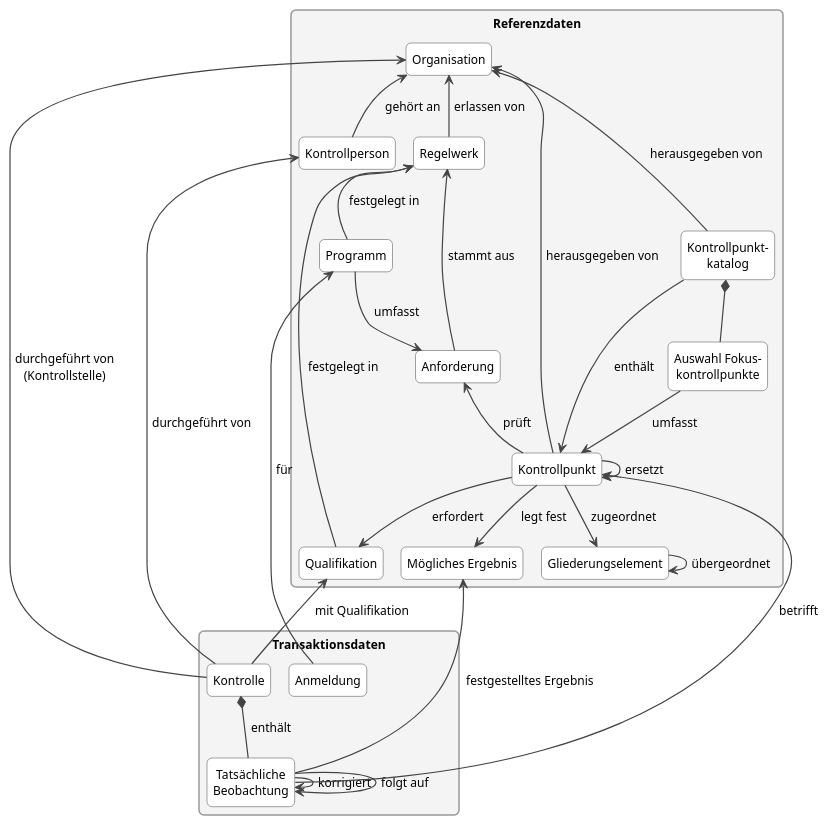
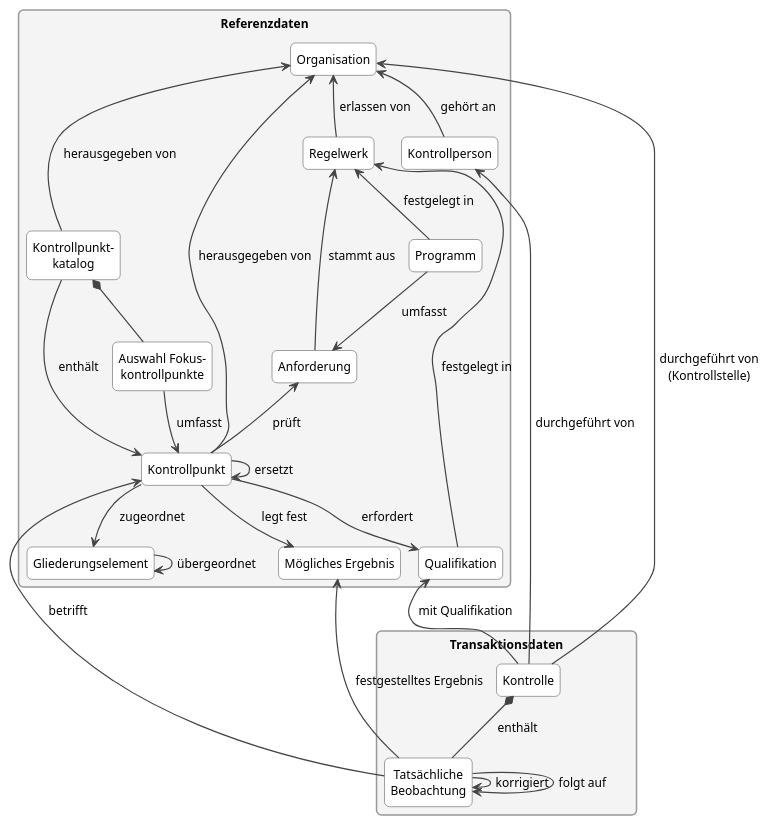
Before and after one commit to blw-ofag-ufag/eCH-0264: the diagram in docs/de/assets/puml/conceptual_model.puml, drawn with PlantUML. The commit also changed 5 other files, not shown here.

```diff
--- a/docs/de/assets/puml/conceptual_model.puml
+++ b/docs/de/assets/puml/conceptual_model.puml
@@ -5,65 +5,63 @@
 @startuml
 !pragma layout smetana
 skinparam shadowing false
 skinparam roundCorner 10
 skinparam packageStyle rectangle
 skinparam defaultFontSize 12
 skinparam Padding 3
 skinparam ArrowColor #444444
 skinparam ArrowThickness 1.2
 skinparam classBorderColor #444444
 skinparam classBackgroundColor #FFFFFF
 skinparam packageBorderColor #999999
 skinparam packageBackgroundColor #F4F4F4
 hide circle
 hide empty members
 
 package "Referenzdaten" as REF {
   class "Organisation" as ORG
   class "Kontrollperson" as PER
   class "Qualifikation" as QUA
   class "Regelwerk" as RW
   class "Anforderung" as ANF
   class "Programm" as PRG
   class "Kontrollpunkt" as KP
   class "Mögliches Ergebnis" as ERG
   class "Gliederungselement" as GE
   class "Kontrollpunkt-\nkatalog" as KAT
   class "Auswahl Fokus-\nkontrollpunkte" as FKP
 
   RW -up-> ORG : erlassen von
   ANF -up-> RW : stammt aus
   PRG -up-> RW : festgelegt in
   PRG --> ANF : umfasst
   KP -up-> ANF : prüft
   KP -up-> ORG : herausgegeben von
   KP -down-> ERG : legt fest
   KP --> GE : zugeordnet
   GE --> GE : übergeordnet
   KP --> KP : ersetzt
   KAT --> KP : enthält
   KAT -up-> ORG : herausgegeben von
   KAT *-- FKP
   FKP --> KP : umfasst
   KP --> QUA : erfordert
   QUA -up-> RW : festgelegt in
   PER -up-> ORG : gehört an
 }
 
 package "Transaktionsdaten" as TRX {
   class "Kontrolle" as KON
-  class "Anmeldung" as ANM
   class "Tatsächliche\nBeobachtung" as BEO
   KON *-down- BEO : enthält
-  ANM -up-> PRG : für
   BEO --> BEO : korrigiert
   BEO --> BEO : folgt auf
 }
 
 BEO -up-> KP : betrifft
 BEO -up-> ERG : festgestelltes Ergebnis
 KON -up-> ORG : durchgeführt von\n(Kontrollstelle)
 KON -up-> PER : durchgeführt von
 KON -up-> QUA : mit Qualifikation
 REF -[hidden]down- TRX
 @enduml
```
